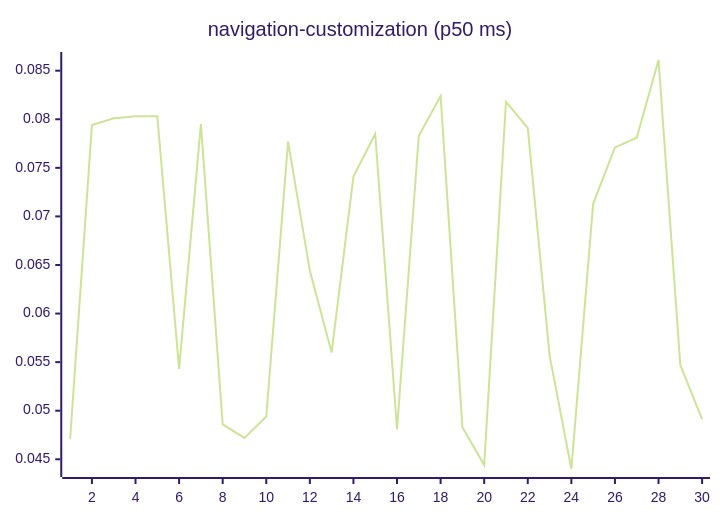
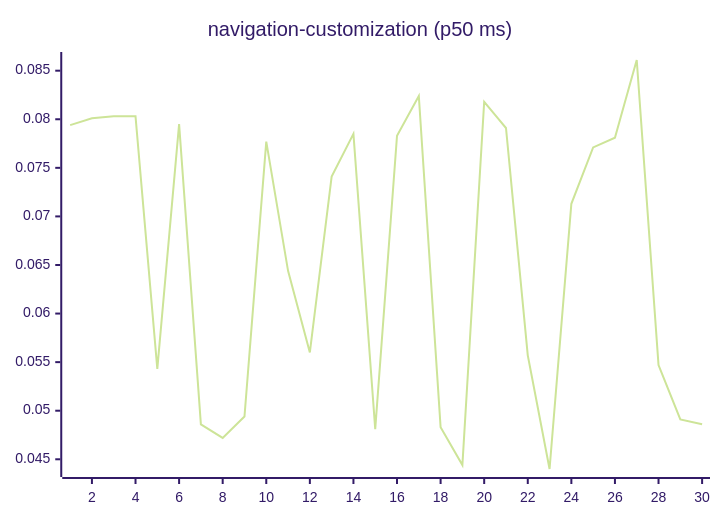
Before and after one commit to josha/Facet: diagram 15 of 27 in README.md, drawn with Mermaid (forest theme). The commit also changed other lines of this file and 2 other files, not shown here.

````diff
--- a/README.md
+++ b/README.md
@@ -161,6 +161,6 @@
 ```mermaid
 xychart-beta
     title "navigation-customization (p50 ms)"
     x-axis 1 --> 30
-    line [0.0471, 0.0794, 0.0801, 0.0803, 0.0803, 0.0543, 0.0795, 0.0486, 0.0472, 0.0494, 0.0777, 0.0644, 0.0560, 0.0741, 0.0785, 0.0481, 0.0783, 0.0824, 0.0483, 0.0444, 0.0818, 0.0791, 0.0557, 0.0440, 0.0713, 0.0771, 0.0781, 0.0861, 0.0547, 0.0491]
+    line [0.0794, 0.0801, 0.0803, 0.0803, 0.0543, 0.0795, 0.0486, 0.0472, 0.0494, 0.0777, 0.0644, 0.0560, 0.0741, 0.0785, 0.0481, 0.0783, 0.0824, 0.0483, 0.0444, 0.0818, 0.0791, 0.0557, 0.0440, 0.0713, 0.0771, 0.0781, 0.0861, 0.0547, 0.0491, 0.0486]
 ```
````
